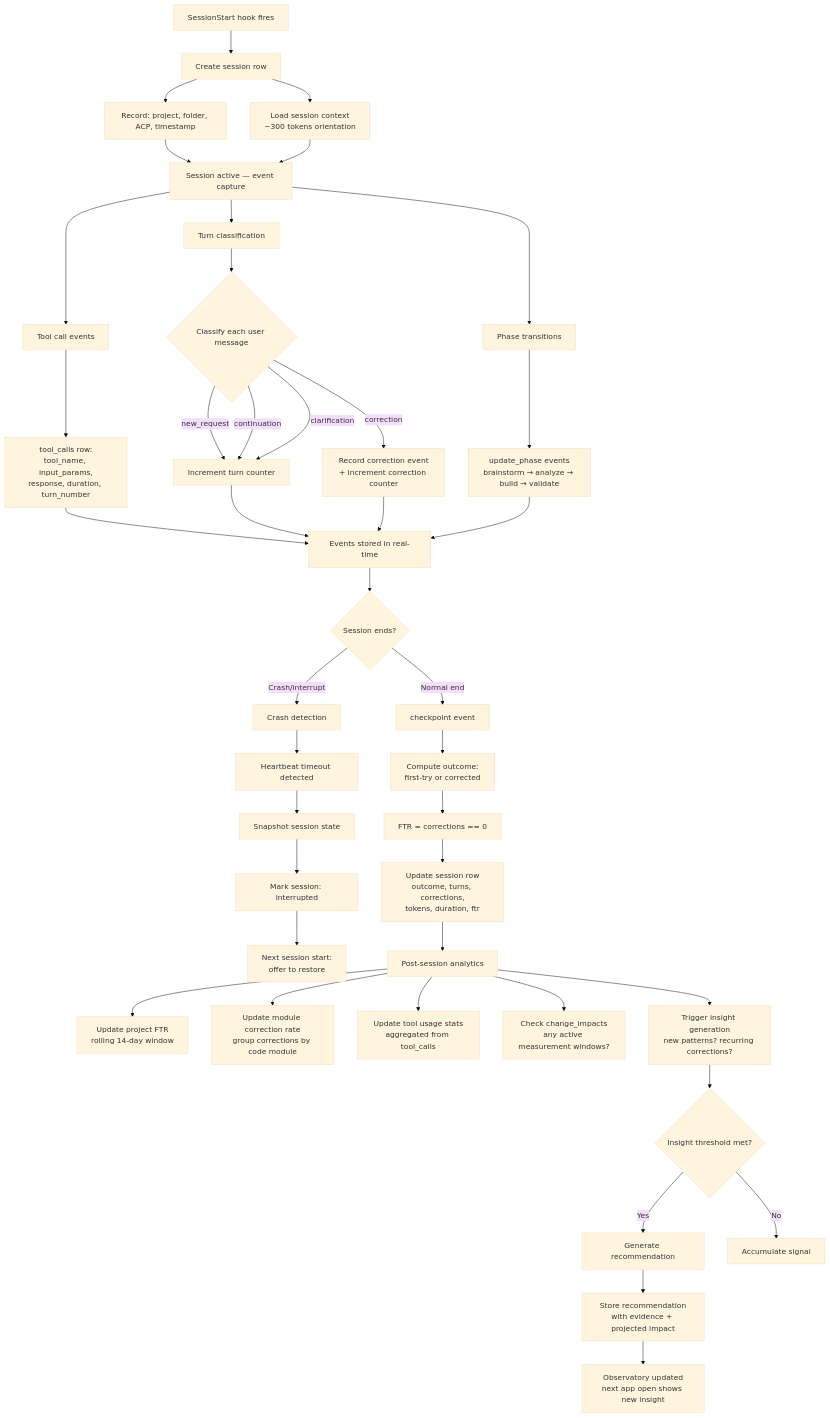
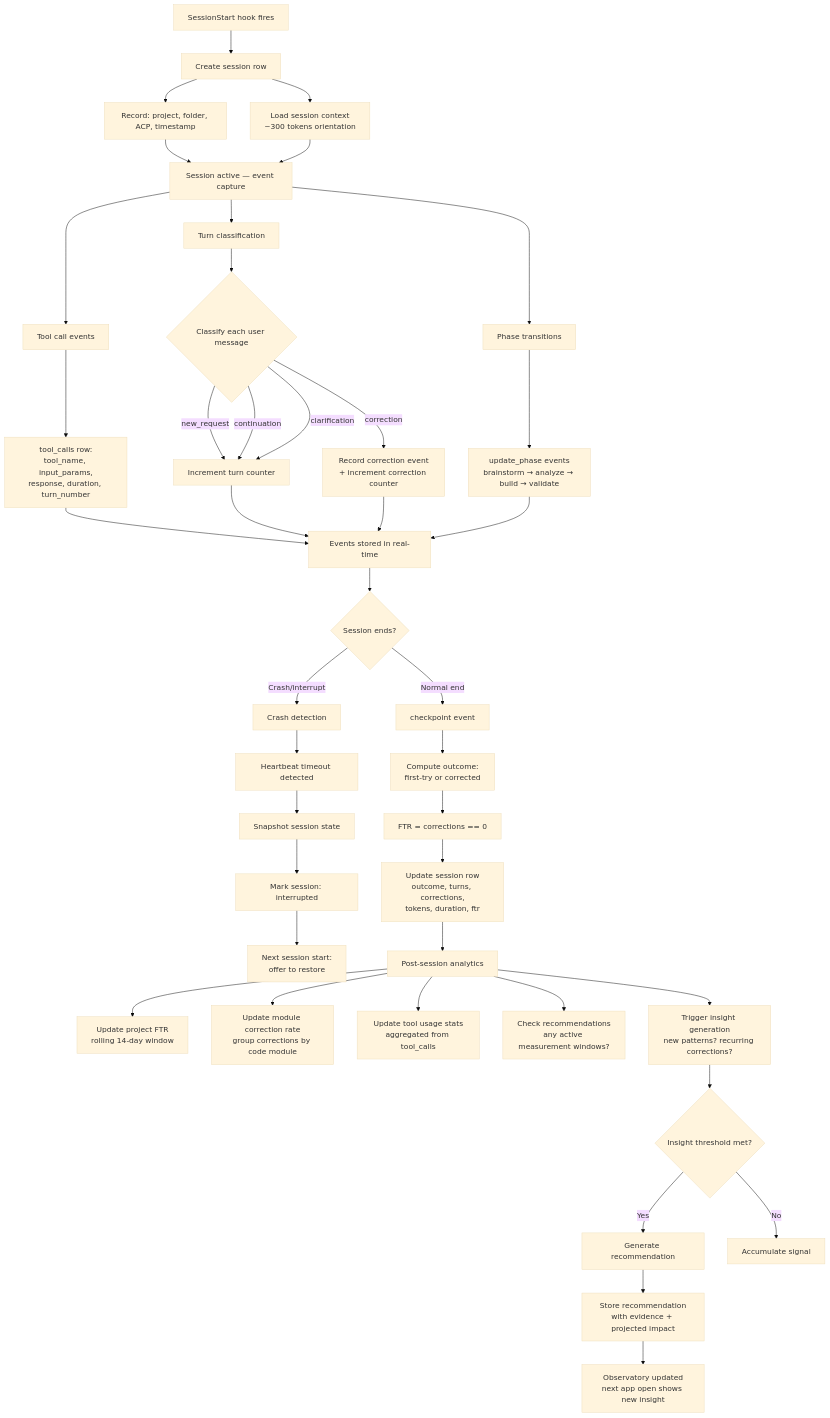
One commit to sensei-hq/sensei changed the first of 2 diagrams in docs/journeys/08-system-pipelines/02-session-lifecycle.md. Above: the diagram before and after it, drawn with Mermaid (base theme). The commit also changed other lines of this file and 20 other files, not shown here.

````diff
--- a/docs/journeys/08-system-pipelines/02-session-lifecycle.md
+++ b/docs/journeys/08-system-pipelines/02-session-lifecycle.md
@@ -14,50 +14,50 @@
 ```mermaid
 flowchart TD
     A[SessionStart hook fires] --> B[Create session row]
     B --> B1[Record: project, folder, ACP, timestamp]
     B --> B2[Load session context\n~300 tokens orientation]
 
     B1 & B2 --> C[Session active — event capture]
 
     C --> C1[Tool call events]
     C1 --> C1a[tool_calls row:\ntool_name, input_params,\nresponse, duration, turn_number]
 
     C --> C2[Turn classification]
     C2 --> C2a{Classify each user message}
     C2a -->|new_request| C2b[Increment turn counter]
     C2a -->|continuation| C2b
     C2a -->|correction| C2c[Record correction event\n+ increment correction counter]
     C2a -->|clarification| C2b
 
     C --> C3[Phase transitions]
     C3 --> C3a[update_phase events\nbrainstorm → analyze → build → validate]
 
     C1a & C2b & C2c & C3a --> D[Events stored in real-time]
 
     D --> E{Session ends?}
     E -->|Normal end| F[checkpoint event]
     E -->|Crash/interrupt| G[Crash detection]
 
     F --> F1[Compute outcome:\nfirst-try or corrected]
     F1 --> F2[FTR = corrections == 0]
     F2 --> F3[Update session row\noutcome, turns, corrections,\ntokens, duration, ftr]
 
     G --> G1[Heartbeat timeout detected]
     G1 --> G2[Snapshot session state]
     G2 --> G3[Mark session: interrupted]
     G3 --> G4[Next session start:\noffer to restore]
 
     F3 --> H[Post-session analytics]
     H --> H1[Update project FTR\nrolling 14-day window]
     H --> H2[Update module correction rate\ngroup corrections by code module]
     H --> H3[Update tool usage stats\naggregated from tool_calls]
-    H --> H4[Check change_impacts\nany active measurement windows?]
+    H --> H4[Check recommendations\nany active measurement windows?]
     H --> H5[Trigger insight generation\nnew patterns? recurring corrections?]
 
     H5 --> I{Insight threshold met?}
     I -->|Yes| J[Generate recommendation]
     J --> J1[Store recommendation\nwith evidence + projected impact]
     I -->|No| K[Accumulate signal]
 
     J1 --> L[Observatory updated\nnext app open shows new insight]
 ```
````
